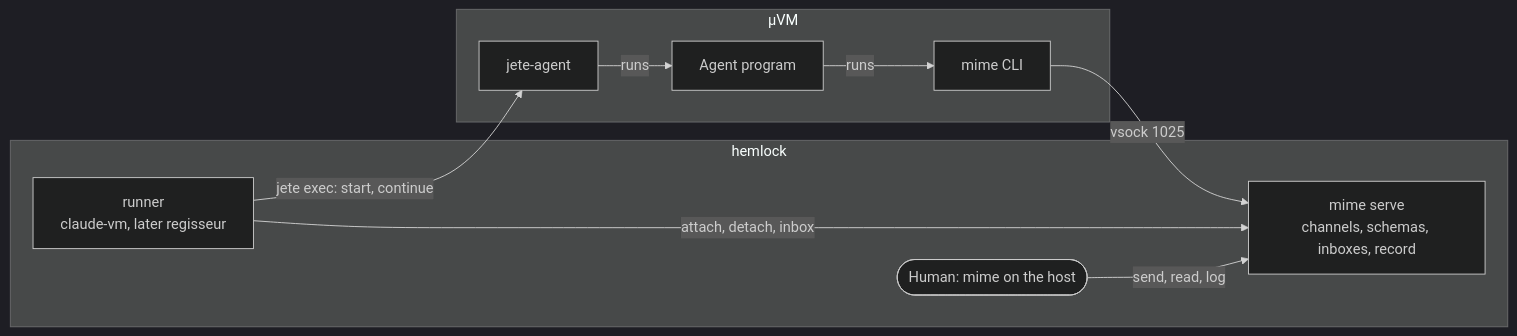
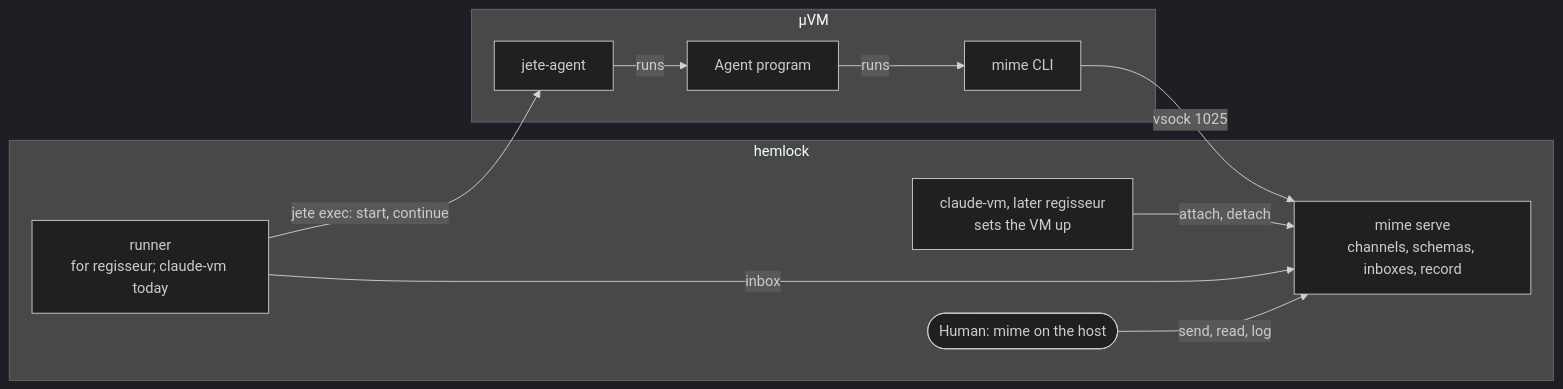
Before and after one commit to carloswestman/machinesdancing: the diagram in docs/design/mime.md, drawn with Mermaid (dark theme). The commit also changed other lines of this file and 2 other files, not shown here.

````diff
--- a/docs/design/mime.md
+++ b/docs/design/mime.md
@@ -73,17 +74,19 @@
 ```mermaid
 flowchart LR
     subgraph vm[µVM]
         agent[Agent program] -- runs --> cli[mime CLI]
         ja[jete-agent]
     end
     subgraph host[hemlock]
         bus[mime serve<br/>channels, schemas, inboxes, record]
-        runner[runner<br/>claude-vm, later regisseur]
+        setup[claude-vm, later regisseur<br/>sets the VM up]
+        runner[runner<br/>for regisseur; claude-vm today]
         human([Human: mime on the host])
     end
     cli -- vsock 1025 --> bus
-    runner -- attach, detach, inbox --> bus
+    setup -- attach, detach --> bus
+    runner -- inbox --> bus
     human -- send, read, log --> bus
     runner -- jete exec: start, continue --> ja
     ja -- runs --> agent
 ```
````
